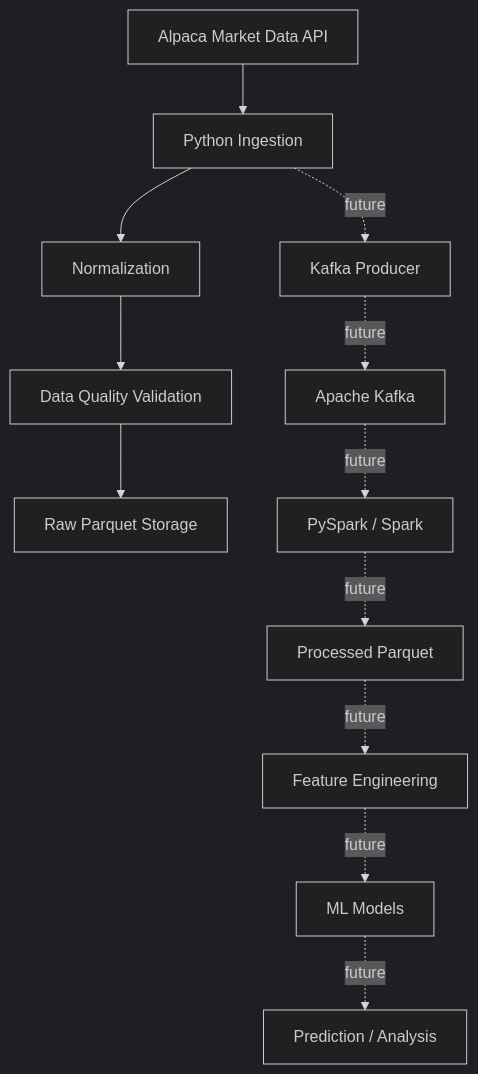
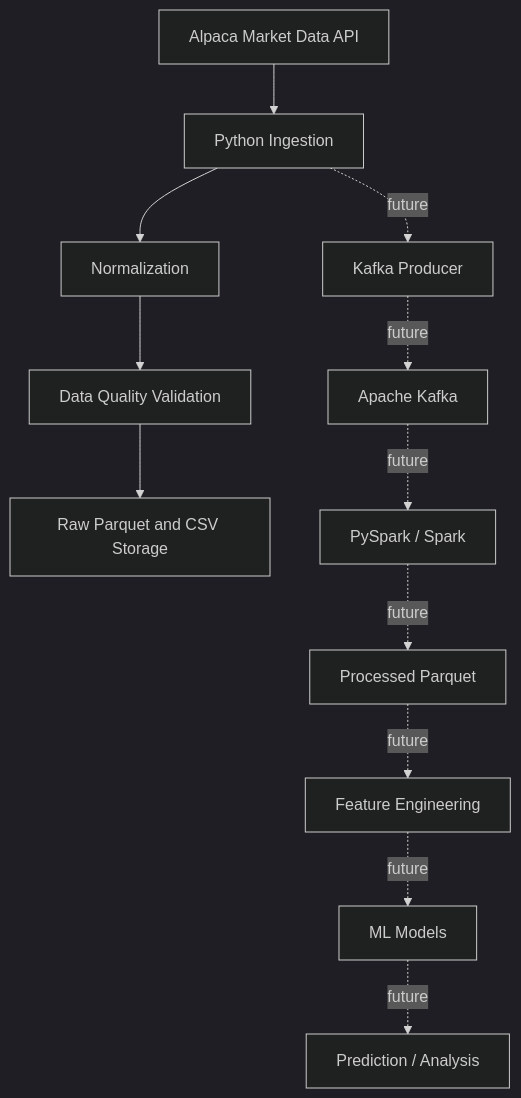
Before and after one commit to 1211882/LABGDD: the diagram in README.md, drawn with Mermaid (dark theme). The commit also changed other lines of this file and 3 other files, not shown here.

Commit message:
Export market data as CSV and Parquet

````diff
--- a/README.md
+++ b/README.md
@@ -20,15 +20,15 @@
 ```mermaid
 flowchart TD
     A[Alpaca Market Data API] --> B[Python Ingestion]
     B --> C[Normalization]
     C --> D[Data Quality Validation]
-    D --> E[Raw Parquet Storage]
+    D --> E[Raw Parquet and CSV Storage]
 
     B -. future .-> F[Kafka Producer]
     F -. future .-> G[Apache Kafka]
     G -. future .-> H[PySpark / Spark]
     H -. future .-> I[Processed Parquet]
     I -. future .-> J[Feature Engineering]
     J -. future .-> K[ML Models]
     K -. future .-> L[Prediction / Analysis]
 ```
````
